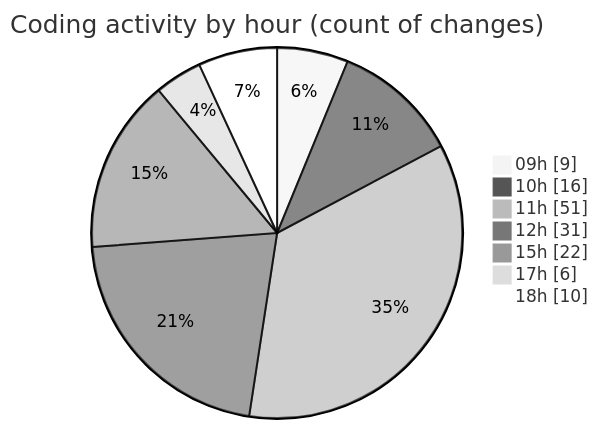
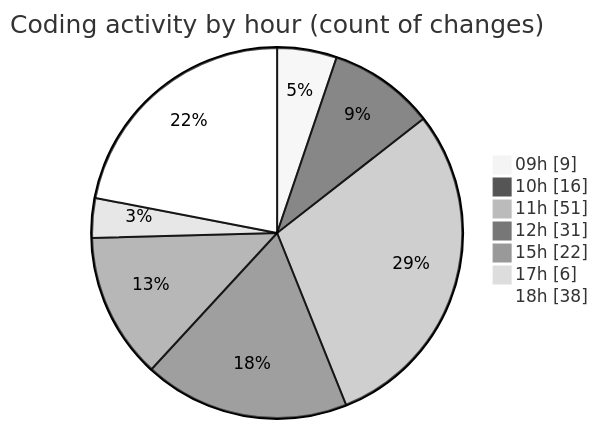
One commit to momahboobian/code-tracking changed the second of 2 diagrams in 2026-09-10/cda/README.md. Above: the diagram before and after it, drawn with Mermaid (neutral theme). The commit also changed other lines of this file and 1 other file, not shown here.

````diff
--- a/2026-09-10/cda/README.md
+++ b/2026-09-10/cda/README.md
@@ -124,11 +124,11 @@
 ```mermaid
 pie showData
 title Coding activity by hour (count of changes)
 "09h" : 9
 "10h" : 16
 "11h" : 51
 "12h" : 31
 "15h" : 22
 "17h" : 6
-"18h" : 10
+"18h" : 38
 ```
````
